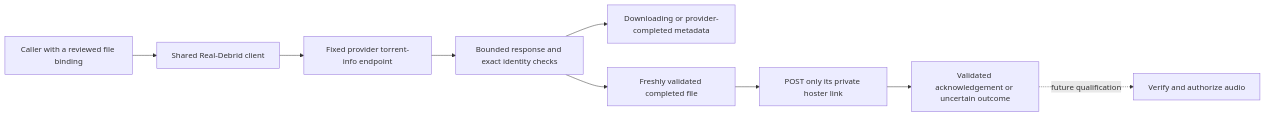
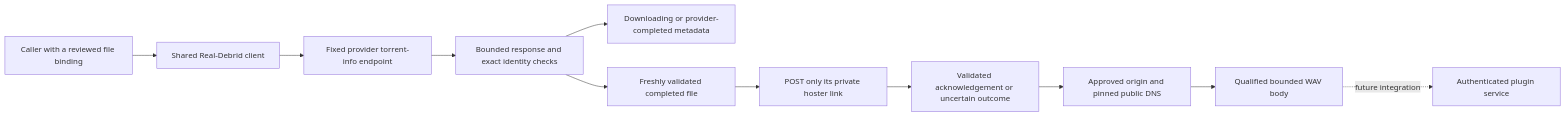
One commit to acidiney/hitoapp changed the diagram in docs/debrid-adapters.md. Above: the diagram before and after it, drawn with Mermaid. The commit also changed other lines of this file and 2 other files, not shown here.

Commit message:
Record qualified debrid media transport and remaining integration

````diff
--- a/docs/debrid-adapters.md
+++ b/docs/debrid-adapters.md
@@ -9,11 +9,13 @@
 ```mermaid
 flowchart LR
     Caller[Caller with a reviewed file binding] --> Client[Shared Real-Debrid client]
     Client --> API[Fixed provider torrent-info endpoint]
     API --> Check[Bounded response and exact identity checks]
     Check --> Result[Downloading or provider-completed metadata]
     Check --> Completed[Freshly validated completed file]
     Completed --> Unrestrict[POST only its private hoster link]
     Unrestrict --> Receipt[Validated acknowledgement or uncertain outcome]
-    Receipt -. future qualification .-> Audio[Verify and authorize audio]
+    Receipt --> Destination[Approved origin and pinned public DNS]
+    Destination --> Audio[Qualified bounded WAV body]
+    Audio -. future integration .-> Service[Authenticated plugin service]
 ```
````
